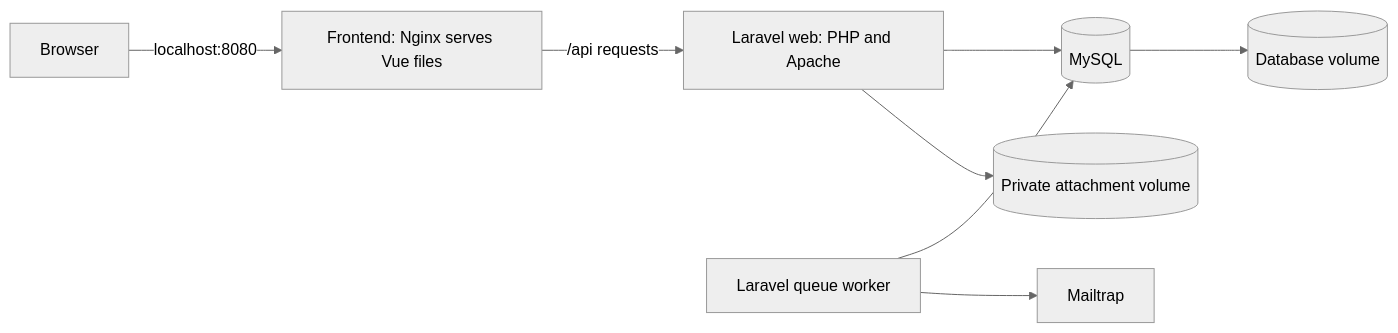
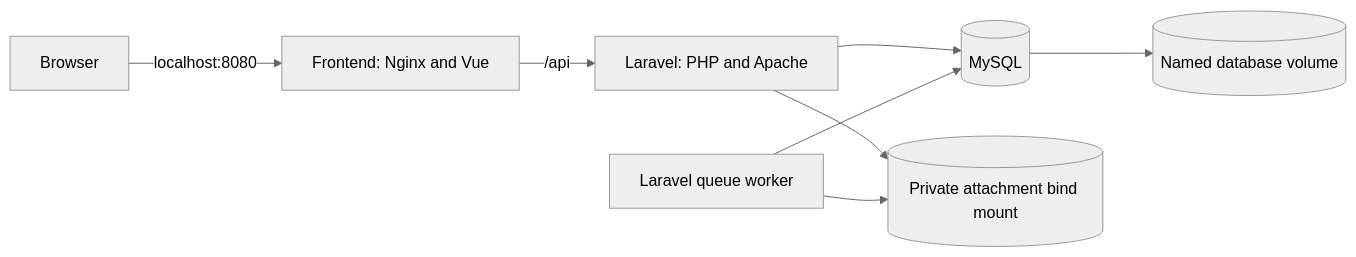
One commit to Sama-Mokom/CampusDesk changed the second of 2 diagrams in CI-CD.md. Above: the diagram before and after it, drawn with Mermaid (neutral theme). The commit also changed other lines of this file and 38 other files, not shown here.

````diff
--- a/CI-CD.md
+++ b/CI-CD.md
@@ -24,10 +50,10 @@
 ```mermaid
 flowchart LR
-    Browser -->|localhost:8080| Web[Frontend: Nginx serves Vue files]
-    Web -->|/api requests| API[Laravel web: PHP and Apache]
+    Browser -->|localhost:8080| Web[Frontend: Nginx and Vue]
+    Web -->|/api| API[Laravel: PHP and Apache]
     API --> DB[(MySQL)]
     Worker[Laravel queue worker] --> DB
-    Worker --> Mailtrap
-    API --> Uploads[(Private attachment volume)]
-    DB --> Data[(Database volume)]
+    API --> Uploads[(Private attachment bind mount)]
+    Worker --> Uploads
+    DB --> Data[(Named database volume)]
 ```
````
